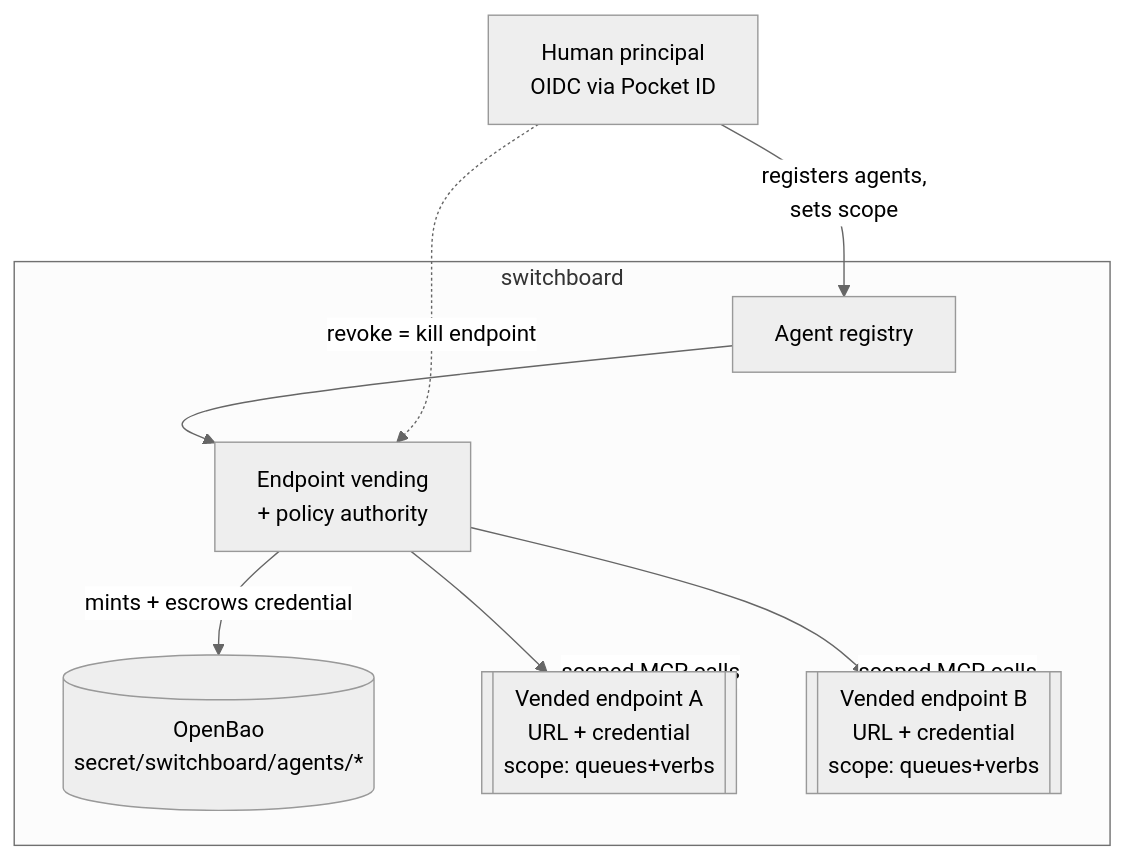
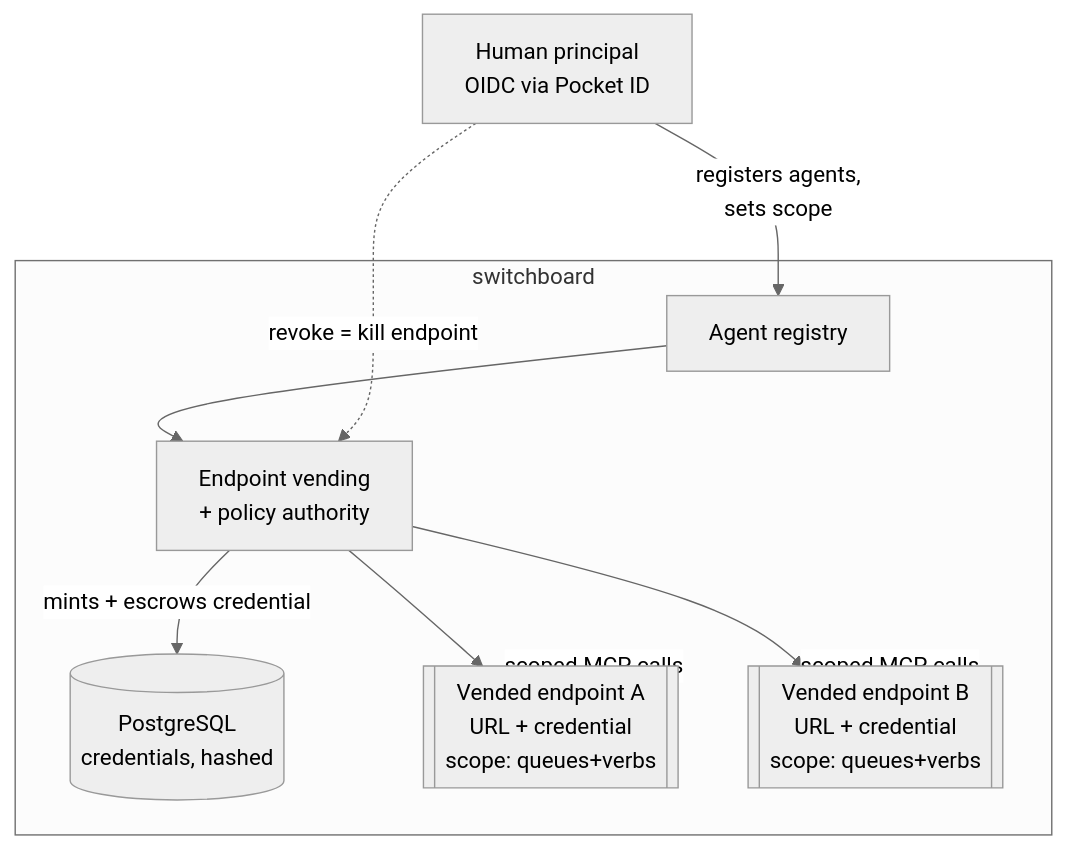
Before and after one commit to stump-wtf/switchboard: the diagram in docs/adr/ADR-008-human-principal-vended-endpoints.md, drawn with Mermaid (neutral theme). The commit also changed other lines of this file and 23 other files, not shown here.

First line of the commit message:
docs: remove OpenBao (ADR-004) + Gitea/CI (ADR-006); secrets → env/config + hashed-in-Postgres; docs-site → GitHub

````diff
--- a/docs/adr/ADR-008-human-principal-vended-endpoints.md
+++ b/docs/adr/ADR-008-human-principal-vended-endpoints.md
@@ -102,19 +102,19 @@
 ```mermaid
 flowchart TB
   human[Human principal<br/>OIDC via Pocket ID]
   subgraph sb[switchboard]
     reg[Agent registry]
     vend[Endpoint vending<br/>+ policy authority]
-    bao[(OpenBao<br/>secret/switchboard/agents/*)]
+    bao[(PostgreSQL<br/>credentials, hashed)]
     ep1[[Vended endpoint A<br/>URL + credential<br/>scope: queues+verbs]]
     ep2[[Vended endpoint B<br/>URL + credential<br/>scope: queues+verbs]]
   end
   human -->|registers agents,<br/>sets scope| reg
   reg --> vend
   vend -->|mints + escrows credential| bao
   vend --> ep1
   vend --> ep2
   ep1 -->|scoped MCP calls| sb
   ep2 -->|scoped MCP calls| sb
   human -. revoke = kill endpoint .-> vend
 ```
````
